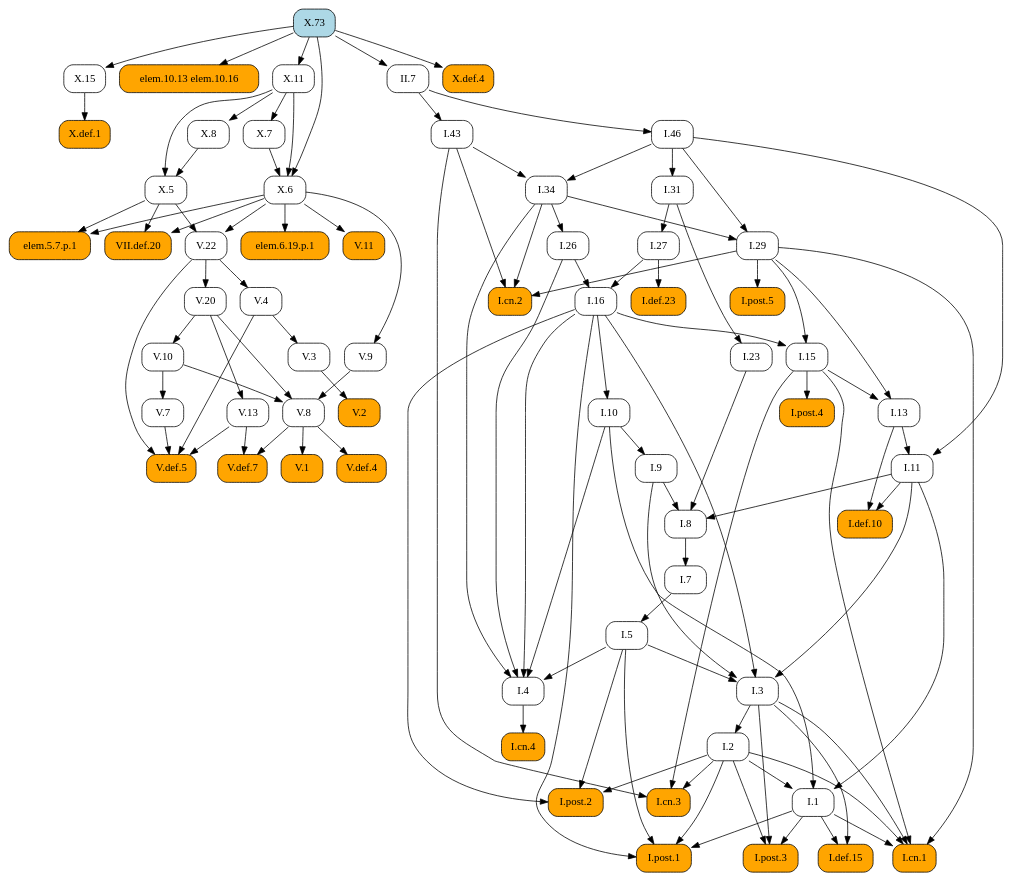
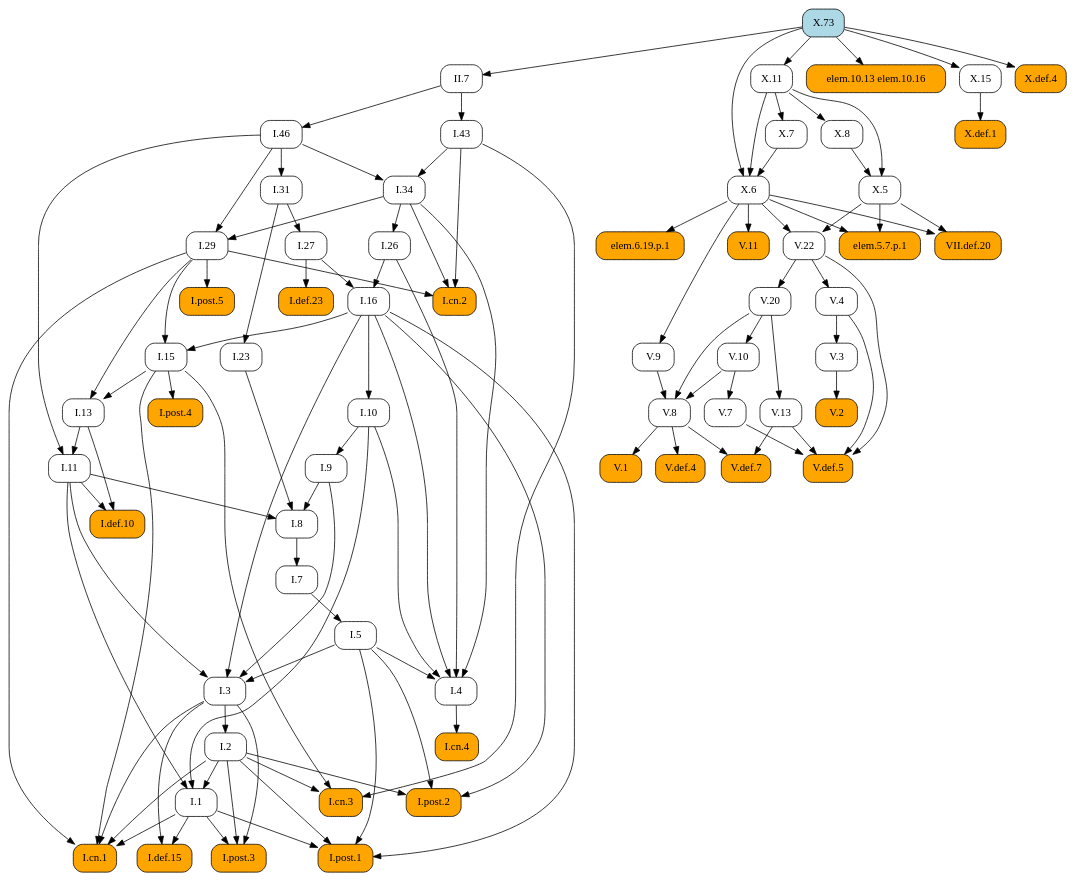
One commit to geometor/elements changed the diagram in docsrc/heath/X/73/index.rst. Above: the diagram before and after it, drawn with Graphviz. The commit also changed other lines of this file and 1029 other files, not shown here.

```diff
--- a/docsrc/heath/X/73/index.rst
+++ b/docsrc/heath/X/73/index.rst
@@ -40,173 +40,173 @@
    digraph {
      rankdir="TB";
      node [shape=box, style=rounded];
+     "I.def.10" [style="rounded,filled", fillcolor=orange, URL="/heath/I/def.10/", target="_top"];
+     "I.11" [URL="/heath/I/11/", target="_top"];
+     "I.post.4" [style="rounded,filled", fillcolor=orange, URL="/heath/I/post.4/", target="_top"];
+     "I.1" [URL="/heath/I/1/", target="_top"];
+     "I.26" [URL="/heath/I/26/", target="_top"];
+     "I.29" [URL="/heath/I/29/", target="_top"];
+     "V.def.5" [style="rounded,filled", fillcolor=orange, URL="/heath/V/def.5/", target="_top"];
+     "V.22" [URL="/heath/V/22/", target="_top"];
+     "X.73" [style="rounded,filled", fillcolor=lightblue, URL="/heath/X/73/", target="_top"];
+     "I.cn.2" [style="rounded,filled", fillcolor=orange, URL="/heath/I/cn.2/", target="_top"];
+     "X.6" [URL="/heath/X/6/", target="_top"];
+     "X.def.1" [style="rounded,filled", fillcolor=orange, URL="/heath/X/def.1/", target="_top"];
+     "X.8" [URL="/heath/X/8/", target="_top"];
+     "V.20" [URL="/heath/V/20/", target="_top"];
+     "V.11" [style="rounded,filled", fillcolor=orange, URL="/heath/V/11/", target="_top"];
+     "V.10" [URL="/heath/V/10/", target="_top"];
+     "V.13" [URL="/heath/V/13/", target="_top"];
+     "I.def.15" [style="rounded,filled", fillcolor=orange, URL="/heath/I/def.15/", target="_top"];
+     "I.post.3" [style="rounded,filled", fillcolor=orange, URL="/heath/I/post.3/", target="_top"];
+     "I.cn.1" [style="rounded,filled", fillcolor=orange, URL="/heath/I/cn.1/", target="_top"];
+     "I.cn.3" [style="rounded,filled", fillcolor=orange, URL="/heath/I/cn.3/", target="_top"];
+     "V.7" [URL="/heath/V/7/", target="_top"];
+     "elem.10.13 elem.10.16" [style="rounded,filled", fillcolor=orange];
+     "V.9" [URL="/heath/V/9/", target="_top"];
+     "I.23" [URL="/heath/I/23/", target="_top"];
+     "I.43" [URL="/heath/I/43/", target="_top"];
+     "V.3" [URL="/heath/V/3/", target="_top"];
+     "I.post.1" [style="rounded,filled", fillcolor=orange, URL="/heath/I/post.1/", target="_top"];
+     "X.7" [URL="/heath/X/7/", target="_top"];
+     "elem.6.19.p.1" [style="rounded,filled", fillcolor=orange];
+     "I.10" [URL="/heath/I/10/", target="_top"];
+     "V.8" [URL="/heath/V/8/", target="_top"];
+     "I.27" [URL="/heath/I/27/", target="_top"];
+     "I.46" [URL="/heath/I/46/", target="_top"];
+     "I.7" [URL="/heath/I/7/", target="_top"];
+     "I.34" [URL="/heath/I/34/", target="_top"];
+     "I.3" [URL="/heath/I/3/", target="_top"];
+     "I.2" [URL="/heath/I/2/", target="_top"];
+     "I.4" [URL="/heath/I/4/", target="_top"];
+     "I.def.23" [style="rounded,filled", fillcolor=orange, URL="/heath/I/def.23/", target="_top"];
+     "I.13" [URL="/heath/I/13/", target="_top"];
+     "II.7" [URL="/heath/II/7/", target="_top"];
+     "V.4" [URL="/heath/V/4/", target="_top"];
+     "elem.5.7.p.1" [style="rounded,filled", fillcolor=orange];
+     "I.31" [URL="/heath/I/31/", target="_top"];
+     "I.post.2" [style="rounded,filled", fillcolor=orange, URL="/heath/I/post.2/", target="_top"];
      "V.1" [style="rounded,filled", fillcolor=orange, URL="/heath/V/1/", target="_top"];
-     "I.cn.3" [style="rounded,filled", fillcolor=orange, URL="/heath/I/cn.3/", target="_top"];
+     "I.16" [URL="/heath/I/16/", target="_top"];
+     "I.9" [URL="/heath/I/9/", target="_top"];
+     "X.5" [URL="/heath/X/5/", target="_top"];
+     "X.11" [URL="/heath/X/11/", target="_top"];
+     "I.8" [URL="/heath/I/8/", target="_top"];
+     "V.def.4" [style="rounded,filled", fillcolor=orange, URL="/heath/V/def.4/", target="_top"];
+     "I.cn.4" [style="rounded,filled", fillcolor=orange, URL="/heath/I/cn.4/", target="_top"];
+     "V.2" [style="rounded,filled", fillcolor=orange, URL="/heath/V/2/", target="_top"];
+     "I.15" [URL="/heath/I/15/", target="_top"];
+     "I.post.5" [style="rounded,filled", fillcolor=orange, URL="/heath/I/post.5/", target="_top"];
      "X.15" [URL="/heath/X/15/", target="_top"];
-     "X.7" [URL="/heath/X/7/", target="_top"];
-     "I.29" [URL="/heath/I/29/", target="_top"];
-     "I.7" [URL="/heath/I/7/", target="_top"];
-     "I.27" [URL="/heath/I/27/", target="_top"];
-     "I.def.23" [style="rounded,filled", fillcolor=orange, URL="/heath/I/def.23/", target="_top"];
-     "V.20" [URL="/heath/V/20/", target="_top"];
-     "I.34" [URL="/heath/I/34/", target="_top"];
-     "I.8" [URL="/heath/I/8/", target="_top"];
-     "V.2" [style="rounded,filled", fillcolor=orange, URL="/heath/V/2/", target="_top"];
-     "I.9" [URL="/heath/I/9/", target="_top"];
-     "V.def.4" [style="rounded,filled", fillcolor=orange, URL="/heath/V/def.4/", target="_top"];
-     "V.22" [URL="/heath/V/22/", target="_top"];
-     "elem.5.7.p.1" [style="rounded,filled", fillcolor=orange];
-     "V.8" [URL="/heath/V/8/", target="_top"];
-     "elem.10.13 elem.10.16" [style="rounded,filled", fillcolor=orange];
-     "V.4" [URL="/heath/V/4/", target="_top"];
-     "I.def.15" [style="rounded,filled", fillcolor=orange, URL="/heath/I/def.15/", target="_top"];
-     "I.1" [URL="/heath/I/1/", target="_top"];
-     "I.2" [URL="/heath/I/2/", target="_top"];
-     "I.post.4" [style="rounded,filled", fillcolor=orange, URL="/heath/I/post.4/", target="_top"];
-     "V.13" [URL="/heath/V/13/", target="_top"];
-     "I.post.1" [style="rounded,filled", fillcolor=orange, URL="/heath/I/post.1/", target="_top"];
-     "V.7" [URL="/heath/V/7/", target="_top"];
-     "X.def.1" [style="rounded,filled", fillcolor=orange, URL="/heath/X/def.1/", target="_top"];
-     "X.5" [URL="/heath/X/5/", target="_top"];
-     "I.cn.4" [style="rounded,filled", fillcolor=orange, URL="/heath/I/cn.4/", target="_top"];
+     "V.def.7" [style="rounded,filled", fillcolor=orange, URL="/heath/V/def.7/", target="_top"];
+     "X.def.4" [style="rounded,filled", fillcolor=orange, URL="/heath/X/def.4/", target="_top"];
      "VII.def.20" [style="rounded,filled", fillcolor=orange, URL="/heath/VII/def.20/", target="_top"];
-     "elem.6.19.p.1" [style="rounded,filled", fillcolor=orange];
-     "I.26" [URL="/heath/I/26/", target="_top"];
-     "X.8" [URL="/heath/X/8/", target="_top"];
-     "X.11" [URL="/heath/X/11/", target="_top"];
-     "V.def.7" [style="rounded,filled", fillcolor=orange, URL="/heath/V/def.7/", target="_top"];
-     "II.7" [URL="/heath/II/7/", target="_top"];
-     "I.13" [URL="/heath/I/13/", target="_top"];
-     "I.23" [URL="/heath/I/23/", target="_top"];
-     "I.cn.2" [style="rounded,filled", fillcolor=orange, URL="/heath/I/cn.2/", target="_top"];
      "I.5" [URL="/heath/I/5/", target="_top"];
-     "X.73" [style="rounded,filled", fillcolor=lightblue, URL="/heath/X/73/", target="_top"];
-     "I.11" [URL="/heath/I/11/", target="_top"];
-     "V.10" [URL="/heath/V/10/", target="_top"];
-     "X.6" [URL="/heath/X/6/", target="_top"];
-     "I.4" [URL="/heath/I/4/", target="_top"];
-     "I.10" [URL="/heath/I/10/", target="_top"];
-     "I.3" [URL="/heath/I/3/", target="_top"];
-     "I.16" [URL="/heath/I/16/", target="_top"];
-     "I.31" [URL="/heath/I/31/", target="_top"];
-     "I.43" [URL="/heath/I/43/", target="_top"];
-     "I.def.10" [style="rounded,filled", fillcolor=orange, URL="/heath/I/def.10/", target="_top"];
-     "I.46" [URL="/heath/I/46/", target="_top"];
-     "V.11" [style="rounded,filled", fillcolor=orange, URL="/heath/V/11/", target="_top"];
-     "I.post.2" [style="rounded,filled", fillcolor=orange, URL="/heath/I/post.2/", target="_top"];
-     "I.post.3" [style="rounded,filled", fillcolor=orange, URL="/heath/I/post.3/", target="_top"];
-     "X.def.4" [style="rounded,filled", fillcolor=orange, URL="/heath/X/def.4/", target="_top"];
-     "V.9" [URL="/heath/V/9/", target="_top"];
-     "I.post.5" [style="rounded,filled", fillcolor=orange, URL="/heath/I/post.5/", target="_top"];
-     "V.3" [URL="/heath/V/3/", target="_top"];
-     "I.15" [URL="/heath/I/15/", target="_top"];
-     "I.cn.1" [style="rounded,filled", fillcolor=orange, URL="/heath/I/cn.1/", target="_top"];
-     "V.def.5" [style="rounded,filled", fillcolor=orange, URL="/heath/V/def.5/", target="_top"];
-     "V.8" -> "V.1";
+     "I.11" -> "I.def.10";
+     "I.13" -> "I.def.10";
+     "I.13" -> "I.11";
+     "I.46" -> "I.11";
+     "I.15" -> "I.post.4";
+     "I.2" -> "I.1";
+     "I.10" -> "I.1";
+     "I.11" -> "I.1";
+     "I.34" -> "I.26";
+     "I.34" -> "I.29";
+     "I.46" -> "I.29";
+     "V.4" -> "V.def.5";
+     "V.7" -> "V.def.5";
+     "V.13" -> "V.def.5";
+     "V.22" -> "V.def.5";
+     "X.5" -> "V.22";
+     "X.6" -> "V.22";
+     "I.29" -> "I.cn.2";
+     "I.34" -> "I.cn.2";
+     "I.43" -> "I.cn.2";
+     "X.7" -> "X.6";
+     "X.11" -> "X.6";
+     "X.73" -> "X.6";
+     "X.15" -> "X.def.1";
+     "X.11" -> "X.8";
+     "V.22" -> "V.20";
+     "X.6" -> "V.11";
+     "V.20" -> "V.10";
+     "V.20" -> "V.13";
+     "I.1" -> "I.def.15";
+     "I.3" -> "I.def.15";
+     "I.1" -> "I.post.3";
+     "I.2" -> "I.post.3";
+     "I.3" -> "I.post.3";
+     "I.1" -> "I.cn.1";
+     "I.2" -> "I.cn.1";
+     "I.3" -> "I.cn.1";
+     "I.15" -> "I.cn.1";
+     "I.29" -> "I.cn.1";
      "I.2" -> "I.cn.3";
      "I.15" -> "I.cn.3";
      "I.43" -> "I.cn.3";
-     "X.73" -> "X.15";
-     "X.11" -> "X.7";
-     "I.34" -> "I.29";
-     "I.46" -> "I.29";
-     "I.8" -> "I.7";
-     "I.31" -> "I.27";
-     "I.27" -> "I.def.23";
-     "V.22" -> "V.20";
-     "I.43" -> "I.34";
-     "I.46" -> "I.34";
-     "I.9" -> "I.8";
-     "I.11" -> "I.8";
-     "I.23" -> "I.8";
-     "V.3" -> "V.2";
-     "I.10" -> "I.9";
-     "V.8" -> "V.def.4";
-     "X.5" -> "V.22";
-     "X.6" -> "V.22";
-     "X.5" -> "elem.5.7.p.1";
-     "X.6" -> "elem.5.7.p.1";
-     "V.9" -> "V.8";
-     "V.10" -> "V.8";
-     "V.20" -> "V.8";
+     "V.10" -> "V.7";
      "X.73" -> "elem.10.13 elem.10.16";
-     "V.22" -> "V.4";
-     "I.1" -> "I.def.15";
-     "I.3" -> "I.def.15";
-     "I.2" -> "I.1";
-     "I.10" -> "I.1";
-     "I.11" -> "I.1";
-     "I.3" -> "I.2";
-     "I.15" -> "I.post.4";
-     "V.20" -> "V.13";
+     "X.6" -> "V.9";
+     "I.31" -> "I.23";
+     "II.7" -> "I.43";
+     "V.4" -> "V.3";
      "I.1" -> "I.post.1";
      "I.2" -> "I.post.1";
      "I.5" -> "I.post.1";
      "I.16" -> "I.post.1";
-     "V.10" -> "V.7";
-     "X.15" -> "X.def.1";
-     "X.8" -> "X.5";
-     "X.11" -> "X.5";
-     "I.4" -> "I.cn.4";
-     "X.5" -> "VII.def.20";
-     "X.6" -> "VII.def.20";
+     "X.11" -> "X.7";
      "X.6" -> "elem.6.19.p.1";
-     "I.34" -> "I.26";
-     "X.11" -> "X.8";
-     "X.73" -> "X.11";
-     "V.8" -> "V.def.7";
-     "V.13" -> "V.def.7";
-     "X.73" -> "II.7";
-     "I.15" -> "I.13";
-     "I.29" -> "I.13";
-     "I.31" -> "I.23";
-     "I.29" -> "I.cn.2";
-     "I.34" -> "I.cn.2";
-     "I.43" -> "I.cn.2";
-     "I.7" -> "I.5";
-     "I.13" -> "I.11";
-     "I.46" -> "I.11";
-     "V.20" -> "V.10";
-     "X.7" -> "X.6";
-     "X.11" -> "X.6";
-     "X.73" -> "X.6";
+     "I.16" -> "I.10";
+     "V.9" -> "V.8";
+     "V.10" -> "V.8";
+     "V.20" -> "V.8";
+     "I.31" -> "I.27";
+     "II.7" -> "I.46";
+     "I.8" -> "I.7";
+     "I.43" -> "I.34";
+     "I.46" -> "I.34";
+     "I.5" -> "I.3";
+     "I.9" -> "I.3";
+     "I.11" -> "I.3";
+     "I.16" -> "I.3";
+     "I.3" -> "I.2";
      "I.5" -> "I.4";
      "I.10" -> "I.4";
      "I.16" -> "I.4";
      "I.26" -> "I.4";
      "I.34" -> "I.4";
-     "I.16" -> "I.10";
-     "I.5" -> "I.3";
-     "I.9" -> "I.3";
-     "I.11" -> "I.3";
-     "I.16" -> "I.3";
-     "I.26" -> "I.16";
-     "I.27" -> "I.16";
+     "I.27" -> "I.def.23";
+     "I.15" -> "I.13";
+     "I.29" -> "I.13";
+     "X.73" -> "II.7";
+     "V.22" -> "V.4";
+     "X.5" -> "elem.5.7.p.1";
+     "X.6" -> "elem.5.7.p.1";
      "I.46" -> "I.31";
-     "II.7" -> "I.43";
-     "I.11" -> "I.def.10";
-     "I.13" -> "I.def.10";
-     "II.7" -> "I.46";
-     "X.6" -> "V.11";
      "I.2" -> "I.post.2";
      "I.5" -> "I.post.2";
      "I.16" -> "I.post.2";
-     "I.1" -> "I.post.3";
-     "I.2" -> "I.post.3";
-     "I.3" -> "I.post.3";
-     "X.73" -> "X.def.4";
-     "X.6" -> "V.9";
-     "I.29" -> "I.post.5";
-     "V.4" -> "V.3";
+     "V.8" -> "V.1";
+     "I.26" -> "I.16";
+     "I.27" -> "I.16";
+     "I.10" -> "I.9";
+     "X.8" -> "X.5";
+     "X.11" -> "X.5";
+     "X.73" -> "X.11";
+     "I.9" -> "I.8";
+     "I.11" -> "I.8";
+     "I.23" -> "I.8";
+     "V.8" -> "V.def.4";
+     "I.4" -> "I.cn.4";
+     "V.3" -> "V.2";
      "I.16" -> "I.15";
      "I.29" -> "I.15";
-     "I.1" -> "I.cn.1";
-     "I.2" -> "I.cn.1";
-     "I.3" -> "I.cn.1";
-     "I.15" -> "I.cn.1";
-     "I.29" -> "I.cn.1";
-     "V.4" -> "V.def.5";
-     "V.7" -> "V.def.5";
-     "V.13" -> "V.def.5";
-     "V.22" -> "V.def.5";
+     "I.29" -> "I.post.5";
+     "X.73" -> "X.15";
+     "V.8" -> "V.def.7";
+     "V.13" -> "V.def.7";
+     "X.73" -> "X.def.4";
+     "X.5" -> "VII.def.20";
+     "X.6" -> "VII.def.20";
+     "I.7" -> "I.5";
    }
```
